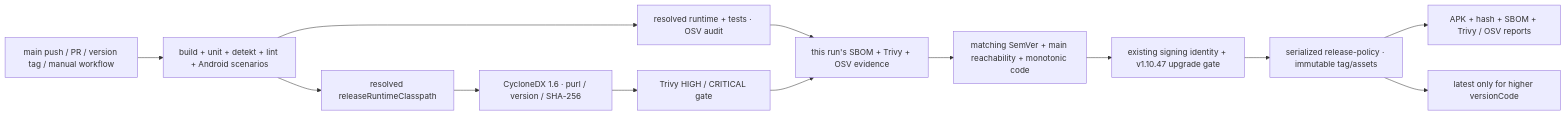
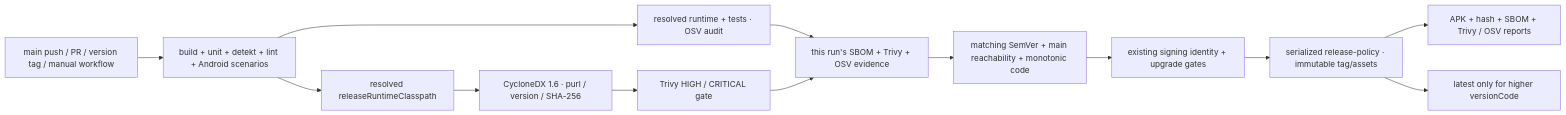
One commit to qlolp/TgWatch changed the second of 2 diagrams in docs/superpowers/architecture.md. Above: the diagram before and after it, drawn with Mermaid. The commit also changed other lines of this file and 3 other files, not shown here.

Commit message:
Align architecture and backup documentation

````diff
--- a/docs/superpowers/architecture.md
+++ b/docs/superpowers/architecture.md
@@ -111,15 +134,15 @@
 ```mermaid
 flowchart LR
     INPUT["main push / PR / version tag / manual workflow"] --> CHECKS["build + unit + detekt + lint + Android scenarios"]
     CHECKS --> INVENTORY["resolved releaseRuntimeClasspath"]
     INVENTORY --> BOM["CycloneDX 1.6 · purl / version / SHA-256"]
     BOM --> SCAN["Trivy HIGH / CRITICAL gate"]
     CHECKS --> OSV["resolved runtime + tests · OSV audit"]
     OSV --> ARTIFACT
     SCAN --> ARTIFACT["this run's SBOM + Trivy + OSV evidence"]
     ARTIFACT --> POLICY_INPUT["matching SemVer + main reachability + monotonic code"]
-    POLICY_INPUT --> SIGN["existing signing identity + v1.10.47 upgrade gate"]
+    POLICY_INPUT --> SIGN["existing signing identity + upgrade gates"]
     SIGN --> POLICY["serialized release-policy · immutable tag/assets"]
     POLICY --> RELEASE["APK + hash + SBOM + Trivy / OSV reports"]
     POLICY --> LATEST["latest only for higher versionCode"]
 ```
````
